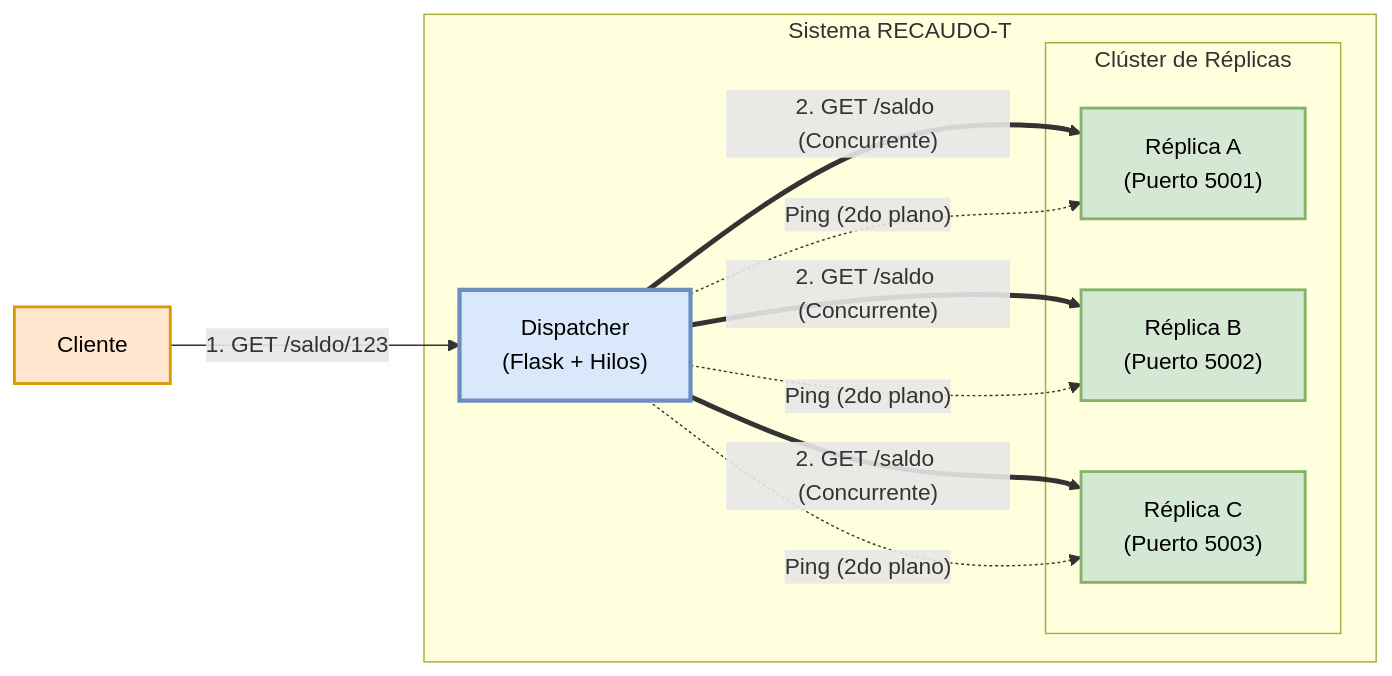
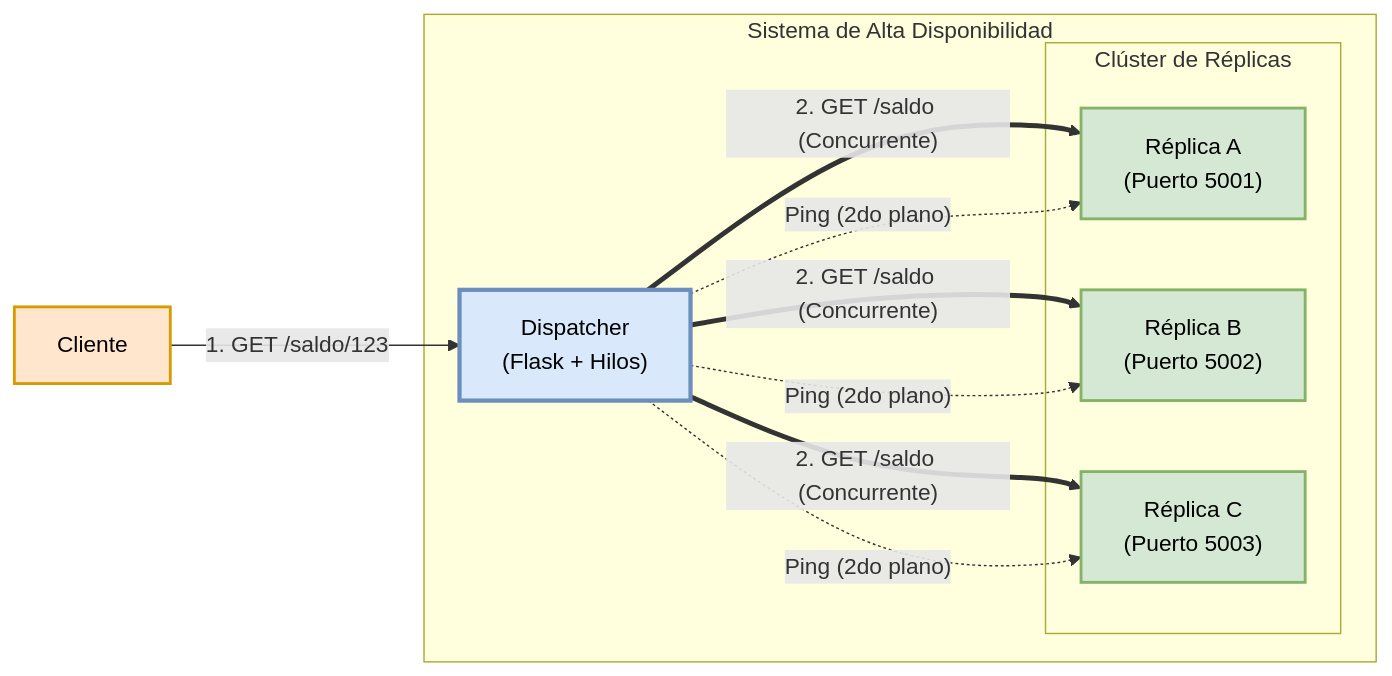
Before and after one commit to Mnxvll/poc-ha-backend: the diagram in docs/architecture_diagram.md, drawn with Mermaid. The commit also changed 3 other files, not shown here.

Commit message:
refactor: rename project from HA to High Availability Architecture in documentation and logs

````diff
--- a/docs/architecture_diagram.md
+++ b/docs/architecture_diagram.md
@@ -5,36 +5,36 @@
 ```mermaid
 graph LR
     Cliente[Cliente]
 
-    subgraph Sistema RECAUDO-T
+    subgraph Sistema de Alta Disponibilidad
         Dispatcher["Dispatcher<br/>(Flask + Hilos)"]
         
         subgraph Clúster de Réplicas
             ReplicaA["Réplica A<br/>(Puerto 5001)"]
             ReplicaB["Réplica B<br/>(Puerto 5002)"]
             ReplicaC["Réplica C<br/>(Puerto 5003)"]
         end
     end
 
     %% Flujo Principal
     Cliente -->|"1. GET /saldo/123"| Dispatcher
     
     %% Redundancia Activa (Paralelo)
     Dispatcher == "2. GET /saldo (Concurrente)" ==> ReplicaA
     Dispatcher == "2. GET /saldo (Concurrente)" ==> ReplicaB
     Dispatcher == "2. GET /saldo (Concurrente)" ==> ReplicaC
 
     %% Monitoreo de Salud (Ping/Echo en Segundo Plano)
     Dispatcher -.->|"Ping (2do plano)"| ReplicaA
     Dispatcher -.->|"Ping (2do plano)"| ReplicaB
     Dispatcher -.->|"Ping (2do plano)"| ReplicaC
 
     %% Estilos y Colores
     classDef client fill:#ffe6cc,stroke:#d79b00,stroke-width:2px,color:#000;
     classDef dispatcher fill:#dae8fc,stroke:#6c8ebf,stroke-width:3px,color:#000;
     classDef replica fill:#d5e8d4,stroke:#82b366,stroke-width:2px,color:#000;
     
     class Cliente client;
     class Dispatcher dispatcher;
     class ReplicaA,ReplicaB,ReplicaC replica;
 ```
````
